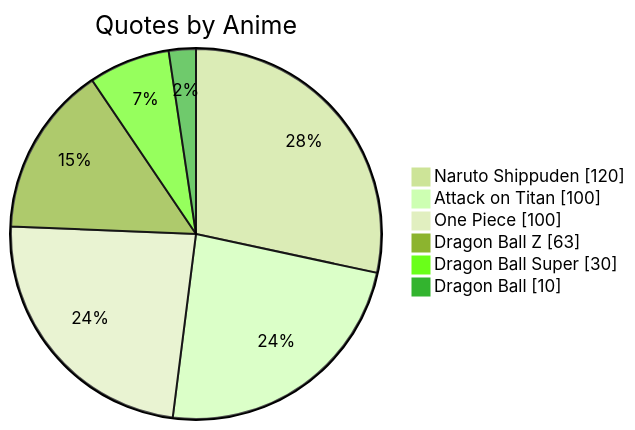
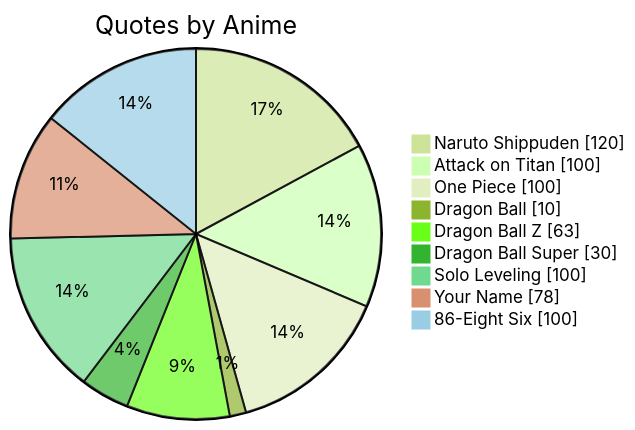
One commit to AniQuotes/Statistics changed the first of 2 diagrams in README.md. Above: the diagram before and after it, drawn with Mermaid (forest theme). The commit also changed other lines of this file, not shown here.

````diff
--- a/README.md
+++ b/README.md
@@ -15,10 +20,13 @@
 ```mermaid
 pie showData
-    title Quotes by Anime
-    "Naruto Shippuden" : 120
-    "Attack on Titan" : 100
-    "One Piece" : 100
-    "Dragon Ball Z" : 63
-    "Dragon Ball Super" : 30
-    "Dragon Ball" : 10
+      title Quotes by Anime
+      "Naruto Shippuden": 120
+      "Attack on Titan": 100
+      "One Piece": 100
+      "Dragon Ball": 10
+      "Dragon Ball Z": 63
+      "Dragon Ball Super": 30
+      "Solo Leveling": 100
+      "Your Name": 78
+      "86-Eight Six": 100
 ```
````
